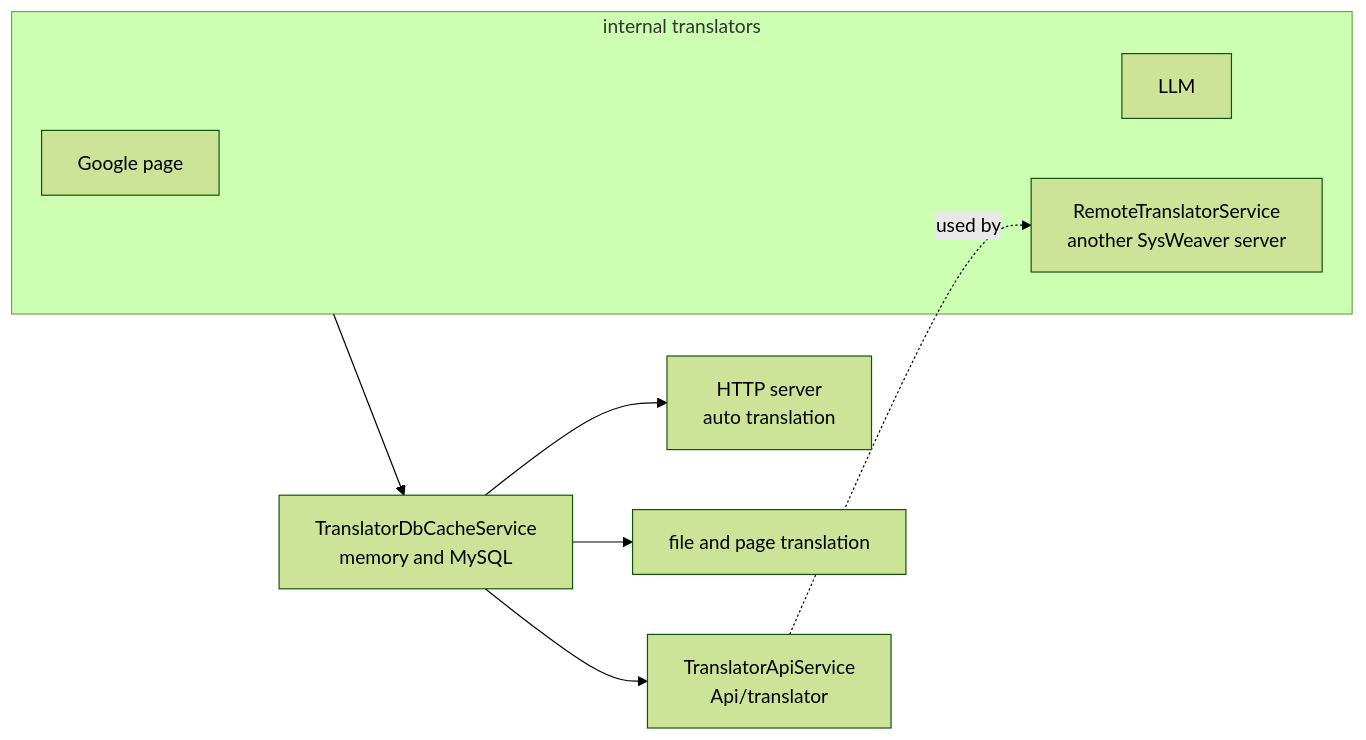
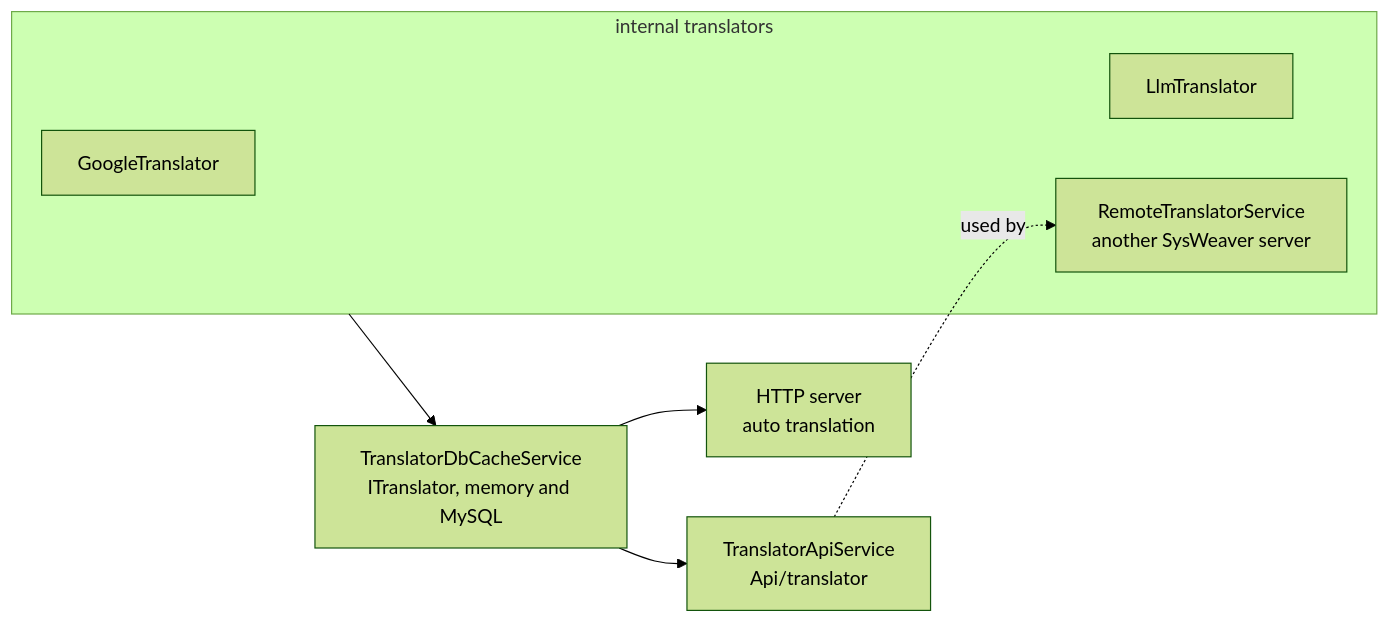
One commit to dosh1974/SysWeaver changed the diagram in SysWeaver.MicroService.Translation/README.md. Above: the diagram before and after it, drawn with Mermaid (forest theme). The commit also changed other lines of this file and 532 other files, not shown here.

````diff
--- a/SysWeaver.MicroService.Translation/README.md
+++ b/SysWeaver.MicroService.Translation/README.md
@@ -18,13 +18,12 @@
 ```mermaid
 flowchart LR
   subgraph Backends["internal translators"]
-    G["Google page"]
-    L["LLM"]
+    G["GoogleTranslator"]
+    L["LlmTranslator"]
     R["RemoteTranslatorService<br/>another SysWeaver server"]
   end
-  Backends --> Cache["TranslatorDbCacheService<br/>memory and MySQL"]
+  Backends --> Cache["TranslatorDbCacheService<br/>ITranslator, memory and MySQL"]
   Cache --> Api["TranslatorApiService<br/>Api/translator"]
   Cache --> Http["HTTP server<br/>auto translation"]
-  Cache --> Files["file and page translation"]
   Api -.->|used by| R
 ```
````
